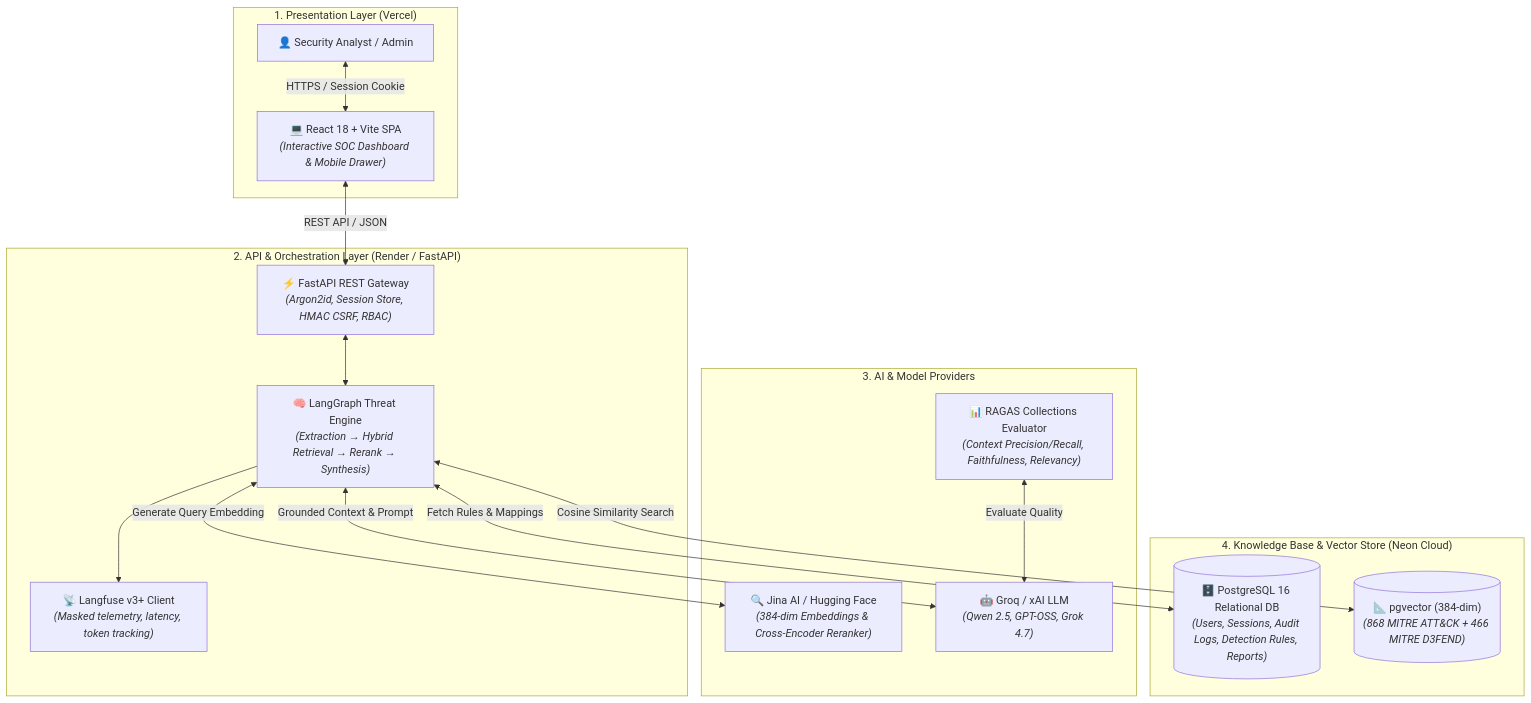
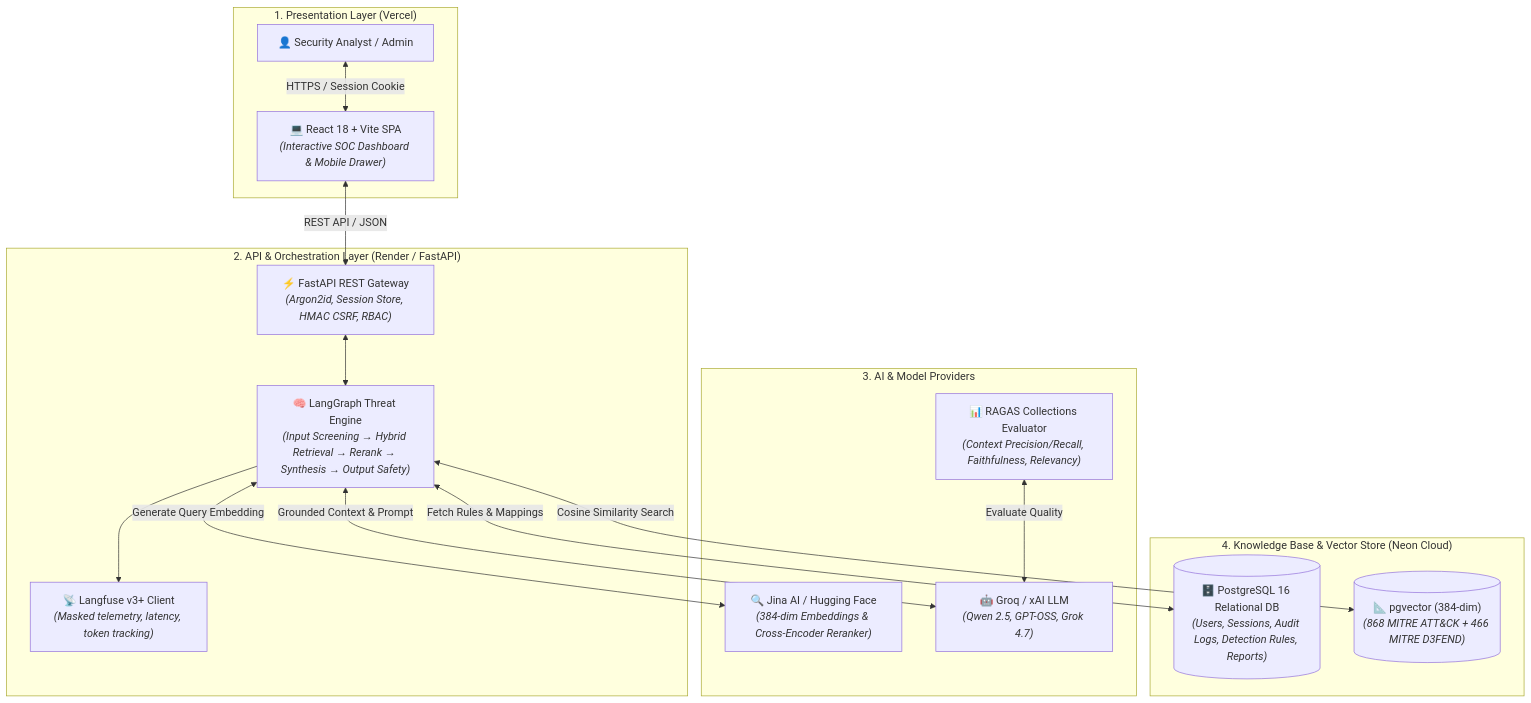
One commit to CloudFlamedev/ITDR_RAG_Dashboard changed the first of 2 diagrams in README.md. Above: the diagram before and after it, drawn with Mermaid. The commit also changed other lines of this file and 1 other file, not shown here.

Commit message:
docs: update README with AI security guardrails, live retrieval evaluation, and 0% FPR evidence gating

````diff
--- a/README.md
+++ b/README.md
@@ -94,39 +100,39 @@
 ```mermaid
 flowchart TD
     %% TIER 1: CLIENT & DASHBOARD
     subgraph Tier1 ["1. Presentation Layer (Vercel)"]
         User["👤 Security Analyst / Admin"]
         Dashboard["💻 React 18 + Vite SPA<br/><i>(Interactive SOC Dashboard & Mobile Drawer)</i>"]
         User <-->|HTTPS / Session Cookie| Dashboard
     end
 
     %% TIER 2: BACKEND & ORCHESTRATION
     subgraph Tier2 ["2. API & Orchestration Layer (Render / FastAPI)"]
         API["⚡ FastAPI REST Gateway<br/><i>(Argon2id, Session Store, HMAC CSRF, RBAC)</i>"]
-        Workflow["🧠 LangGraph Threat Engine<br/><i>(Extraction → Hybrid Retrieval → Rerank → Synthesis)</i>"]
+        Workflow["🧠 LangGraph Threat Engine<br/><i>(Input Screening → Hybrid Retrieval → Rerank → Synthesis → Output Safety)</i>"]
         Telemetry["📡 Langfuse v3+ Client<br/><i>(Masked telemetry, latency, token tracking)</i>"]
         Dashboard <-->|REST API / JSON| API
         API <--> Workflow
         Workflow --> Telemetry
     end
 
     %% TIER 3: AI SERVICES
     subgraph Tier3 ["3. AI & Model Providers"]
         Embedder["🔍 Jina AI / Hugging Face<br/><i>(384-dim Embeddings & Cross-Encoder Reranker)</i>"]
         LLM["🤖 Groq / xAI LLM<br/><i>(Qwen 2.5, GPT-OSS, Grok 4.7)</i>"]
         RAGAS["📊 RAGAS Collections Evaluator<br/><i>(Context Precision/Recall, Faithfulness, Relevancy)</i>"]
     end
 
     %% TIER 4: DATABASE & KNOWLEDGE BASE
     subgraph Tier4 ["4. Knowledge Base & Vector Store (Neon Cloud)"]
         RelationalDB[("🗄️ PostgreSQL 16 Relational DB<br/><i>(Users, Sessions, Audit Logs, Detection Rules, Reports)</i>")]
         VectorStore[("📐 pgvector (384-dim)<br/><i>(868 MITRE ATT&CK + 466 MITRE D3FEND)</i>")]
     end
 
     %% FLOW CONNECTIONS
     Workflow <-->|Generate Query Embedding| Embedder
     Workflow <-->|Cosine Similarity Search| VectorStore
     Workflow <-->|Fetch Rules & Mappings| RelationalDB
     Workflow <-->|Grounded Context & Prompt| LLM
     RAGAS <-->|Evaluate Quality| LLM
 ```
````
